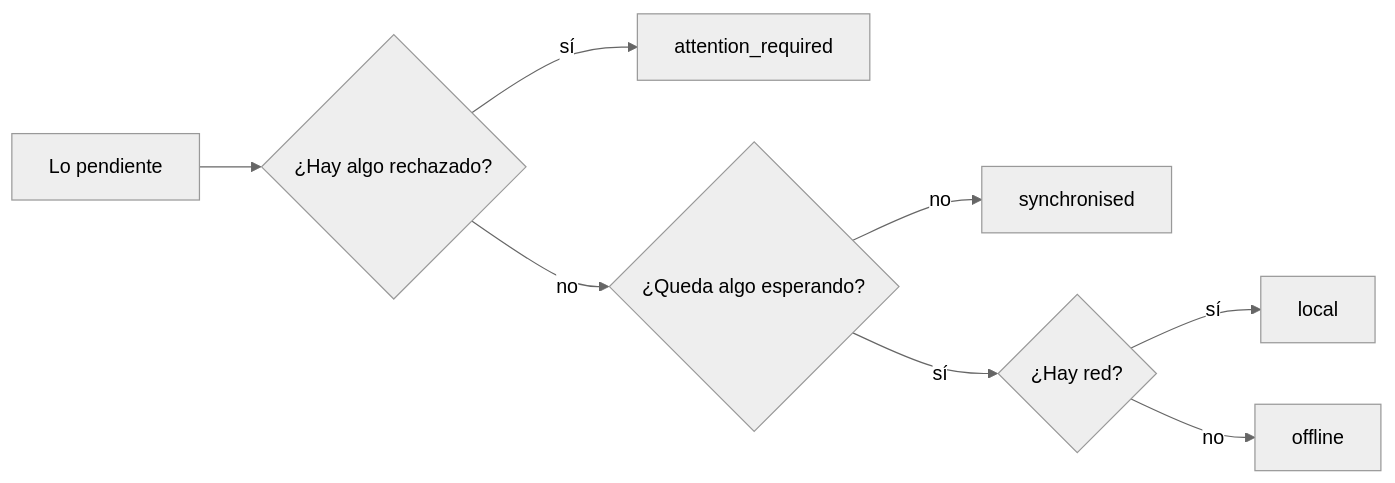
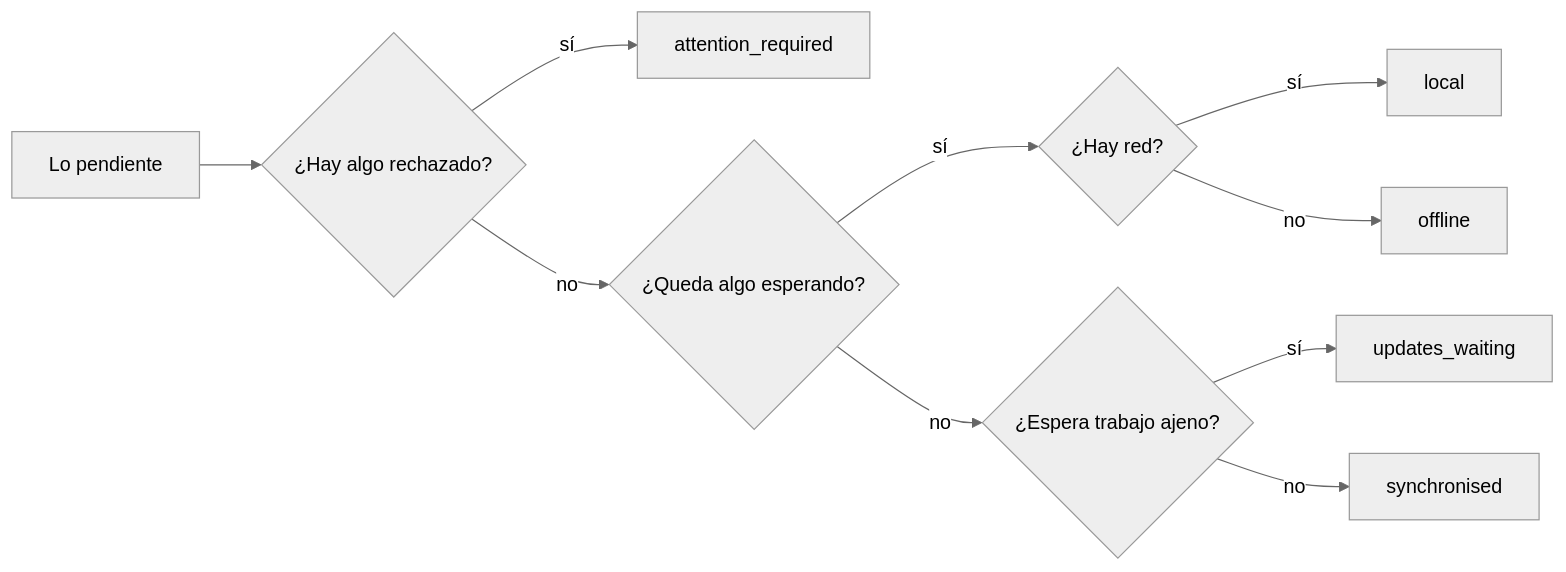
One commit to hspencer/vera changed diagram 21 of 40 in docs/diagramas.md. Above: the diagram before and after it, drawn with Mermaid (neutral theme). The commit also changed other lines of this file, not shown here.

First line of the commit message:
docs: los diagramas cuentan que lo retenido se lee primero, y cómo se decide un desacuerdo

````diff
--- a/docs/diagramas.md
+++ b/docs/diagramas.md
@@ -1067,10 +1093,12 @@
 ```mermaid
 flowchart LR
     p["Lo pendiente"] --> r{"¿Hay algo rechazado?"}
     r -->|"sí"| att["attention_required"]
     r -->|"no"| w{"¿Queda algo esperando?"}
-    w -->|"no"| sync["synchronised"]
     w -->|"sí"| c{"¿Hay red?"}
     c -->|"sí"| loc["local"]
     c -->|"no"| off["offline"]
+    w -->|"no"| u{"¿Espera trabajo ajeno?"}
+    u -->|"sí"| upd["updates_waiting"]
+    u -->|"no"| sync["synchronised"]
 ```
````
